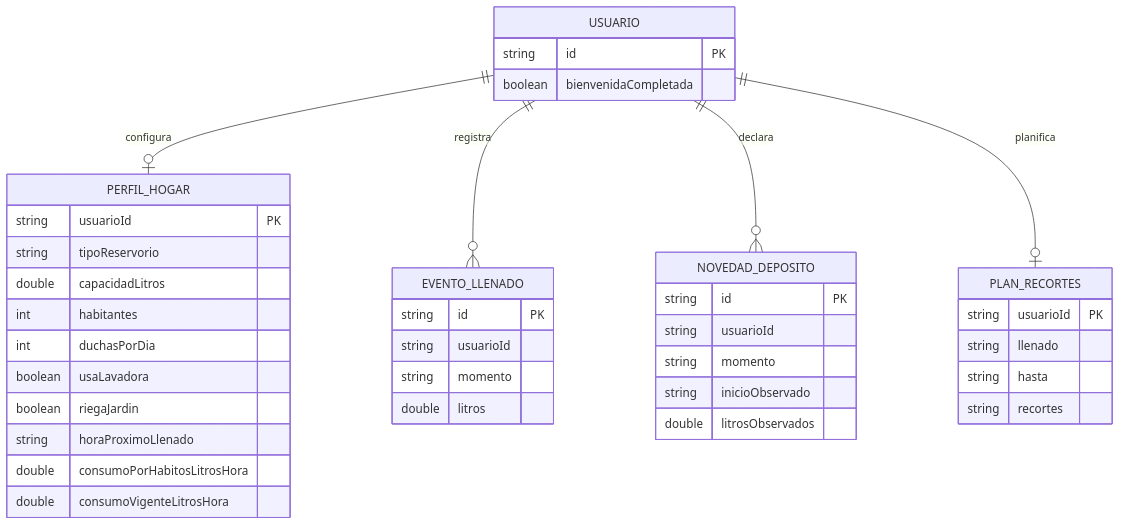
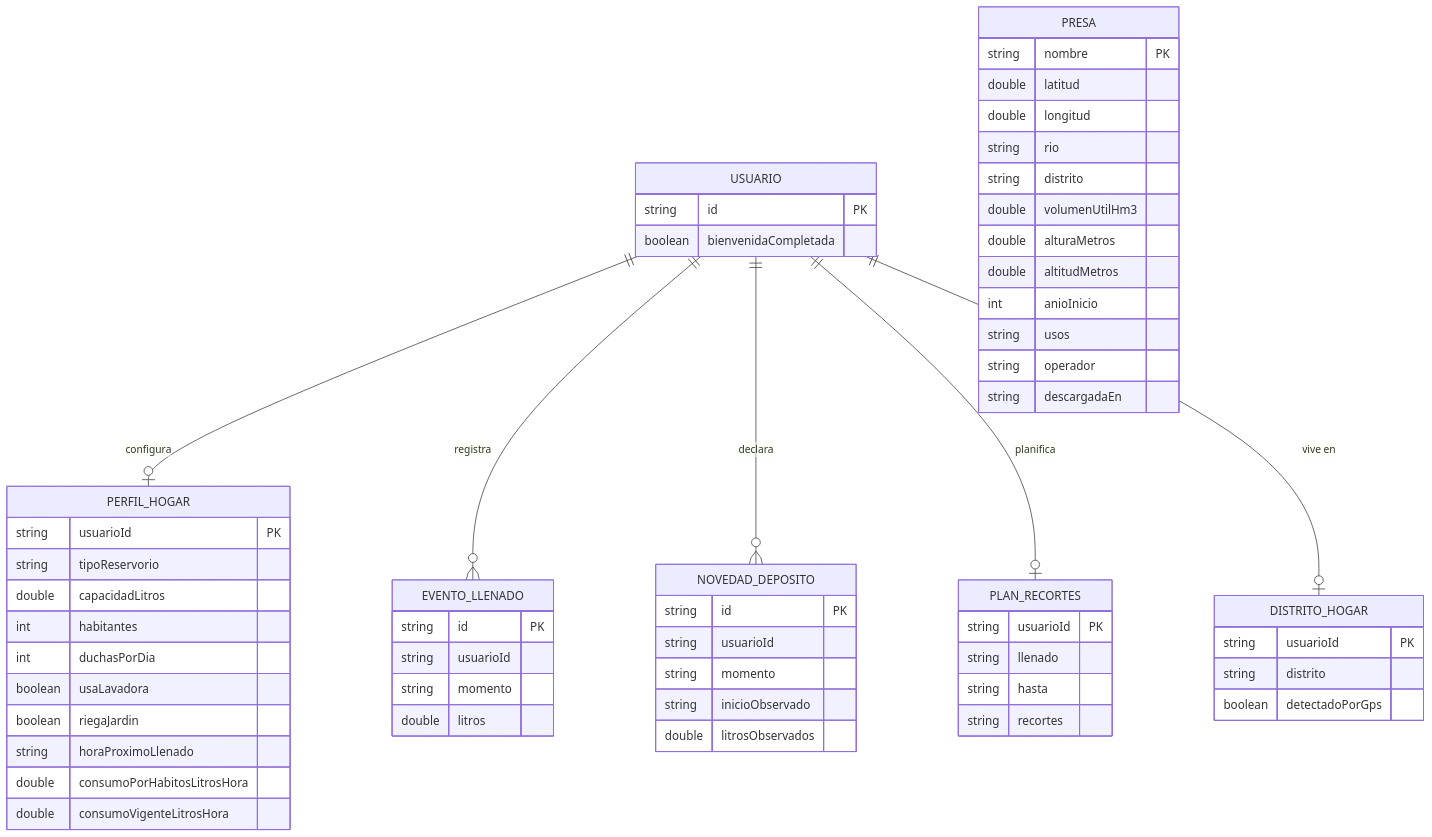
Before and after one commit to Cristhian465/Aguarda: diagram 21 of 26 in informes/FD04-SAD.md, drawn with Mermaid. The commit also changed other lines of this file and 36 other files, not shown here.

````diff
--- a/informes/FD04-SAD.md
+++ b/informes/FD04-SAD.md
@@ -550,43 +805,63 @@
 ```mermaid
 erDiagram
     USUARIO ||--o| PERFIL_HOGAR : configura
     USUARIO ||--o{ EVENTO_LLENADO : registra
     USUARIO ||--o{ NOVEDAD_DEPOSITO : declara
     USUARIO ||--o| PLAN_RECORTES : planifica
+    USUARIO ||--o| DISTRITO_HOGAR : "vive en"
 
     USUARIO {
       string id PK
       boolean bienvenidaCompletada
     }
     PERFIL_HOGAR {
       string usuarioId PK
       string tipoReservorio
       double capacidadLitros
       int habitantes
       int duchasPorDia
       boolean usaLavadora
       boolean riegaJardin
       string horaProximoLlenado
       double consumoPorHabitosLitrosHora
       double consumoVigenteLitrosHora
     }
     EVENTO_LLENADO {
       string id PK
       string usuarioId
       string momento
       double litros
     }
     NOVEDAD_DEPOSITO {
       string id PK
       string usuarioId
       string momento
       string inicioObservado
       double litrosObservados
     }
     PLAN_RECORTES {
       string usuarioId PK
       string llenado
       string hasta
       string recortes
     }
+    DISTRITO_HOGAR {
+      string usuarioId PK
+      string distrito
+      boolean detectadoPorGps
+    }
+    PRESA {
+      string nombre PK
+      double latitud
+      double longitud
+      string rio
+      string distrito
+      double volumenUtilHm3
+      double alturaMetros
+      double altitudMetros
+      int anioInicio
+      string usos
+      string operador
+      string descargadaEn
+    }
 ```
````
